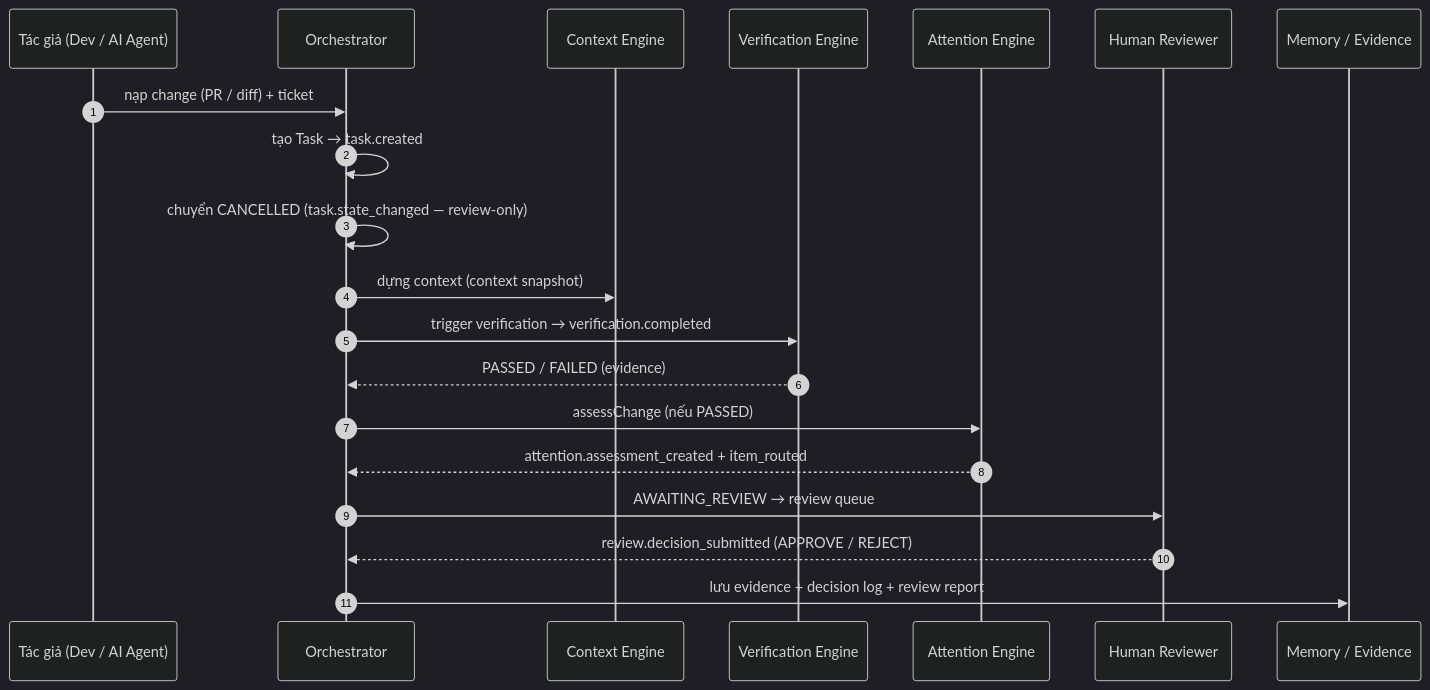
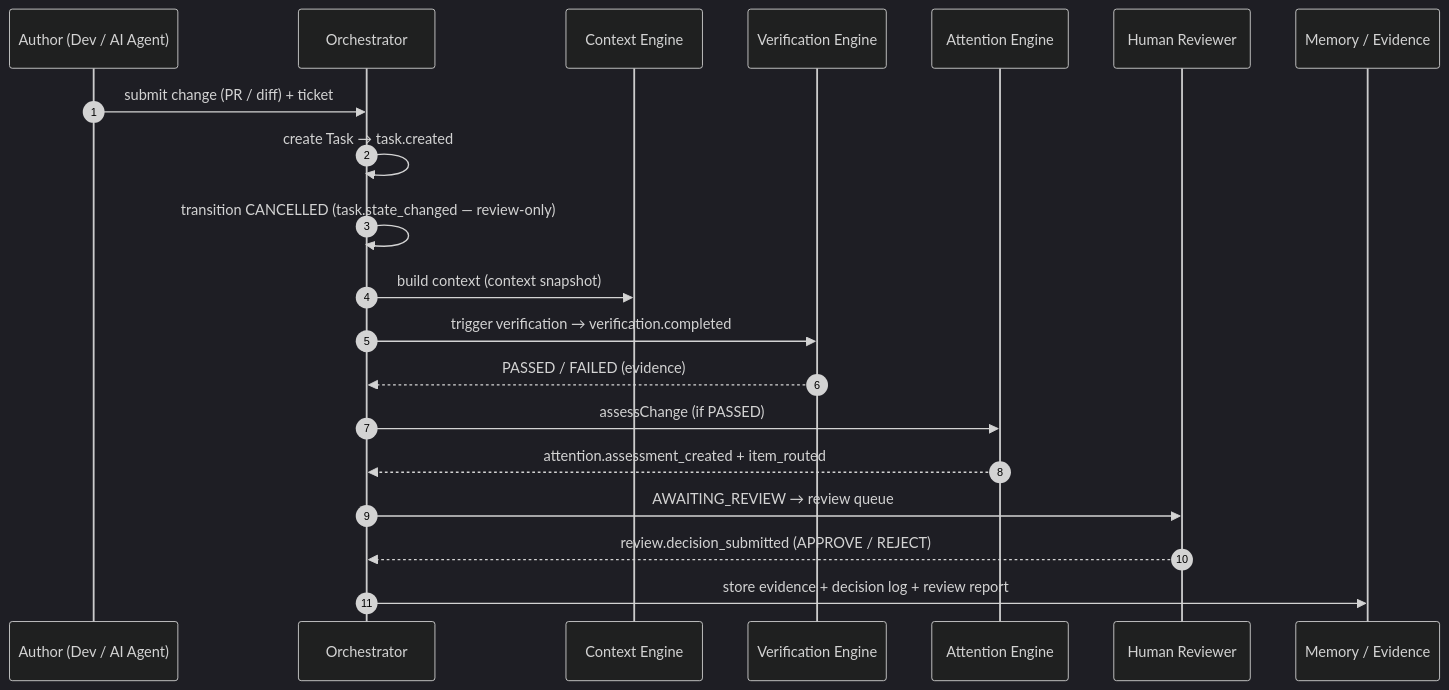
One commit to nbhson/app-human-attention-infrastructure changed the sixth of 7 diagrams in docs/summary/HAI_flow.md. Above: the diagram before and after it, drawn with Mermaid (dark theme). The commit also changed other lines of this file and 4 other files, not shown here.

````diff
--- a/docs/summary/HAI_flow.md
+++ b/docs/summary/HAI_flow.md
@@ -187,23 +184,23 @@
 ```mermaid
 sequenceDiagram
     autonumber
-    participant Auth as Tác giả (Dev / AI Agent)
+    participant Auth as Author (Dev / AI Agent)
     participant Orc as Orchestrator
     participant Ctx as Context Engine
     participant Ver as Verification Engine
     participant Att as Attention Engine
     participant Hum as Human Reviewer
     participant Evi as Memory / Evidence
 
-    Auth->>Orc: nạp change (PR / diff) + ticket
-    Orc->>Orc: tạo Task → task.created
-    Orc->>Orc: chuyển CANCELLED (task.state_changed — review-only)
-    Orc->>Ctx: dựng context (context snapshot)
+    Auth->>Orc: submit change (PR / diff) + ticket
+    Orc->>Orc: create Task → task.created
+    Orc->>Orc: transition CANCELLED (task.state_changed — review-only)
+    Orc->>Ctx: build context (context snapshot)
     Orc->>Ver: trigger verification → verification.completed
     Ver-->>Orc: PASSED / FAILED (evidence)
-    Orc->>Att: assessChange (nếu PASSED)
+    Orc->>Att: assessChange (if PASSED)
     Att-->>Orc: attention.assessment_created + item_routed
     Orc->>Hum: AWAITING_REVIEW → review queue
     Hum-->>Orc: review.decision_submitted (APPROVE / REJECT)
-    Orc->>Evi: lưu evidence + decision log + review report
+    Orc->>Evi: store evidence + decision log + review report
 ```
````
